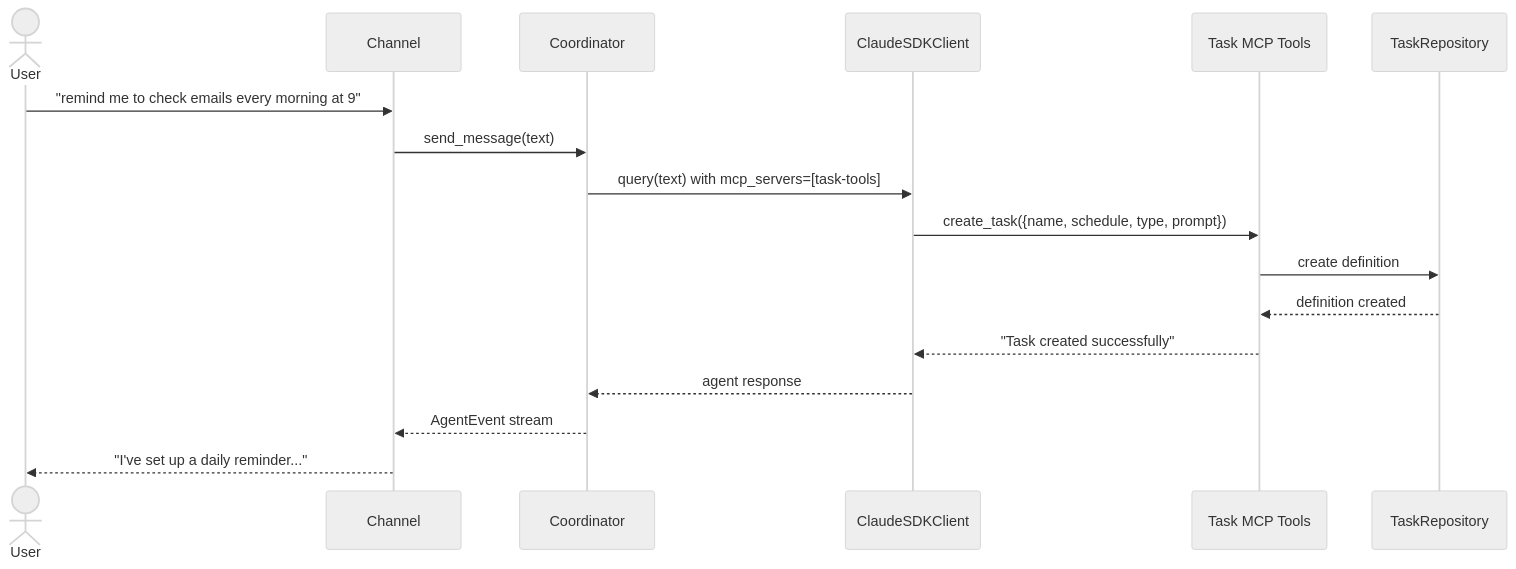
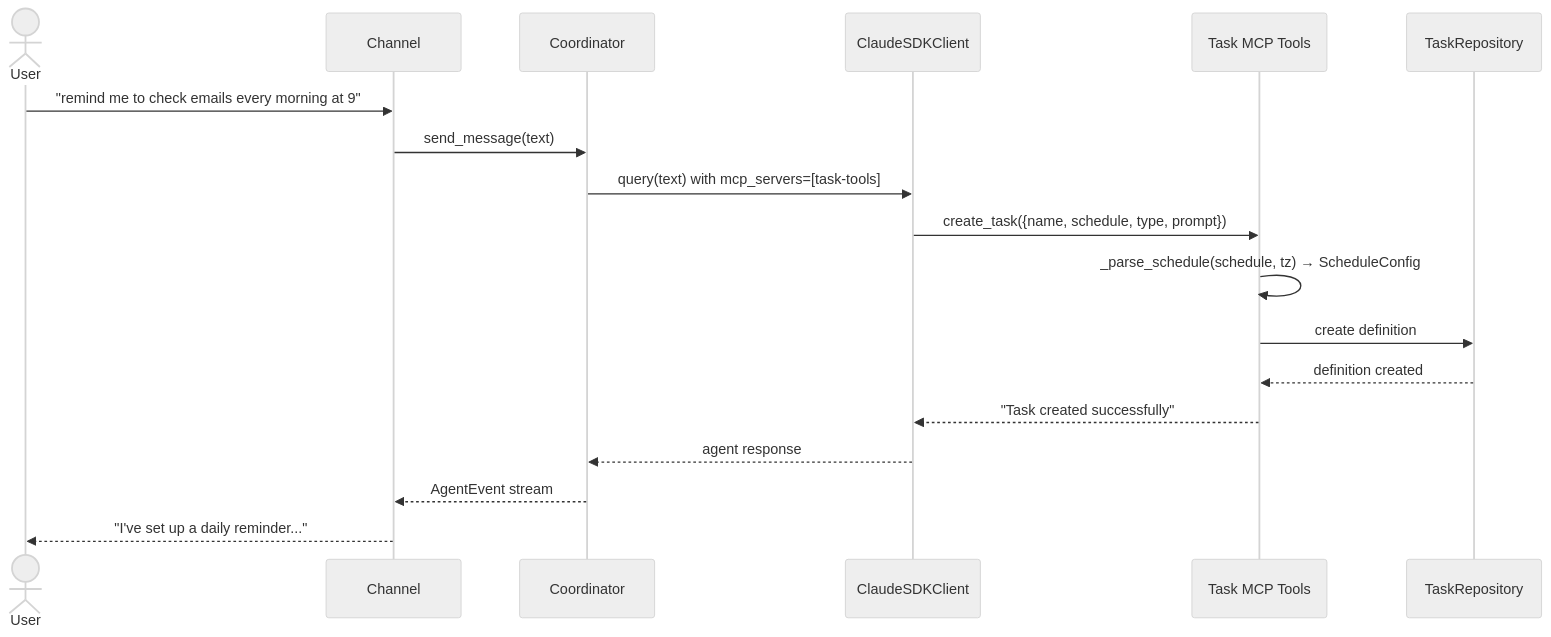
Before and after one commit to asermax/tachikoma: the first of 3 diagrams in docs/feature-designs/tasks/task-management.md, drawn with Mermaid (neutral theme). The commit also changed other lines of this file and 7 other files, not shown here.

````diff
--- a/docs/feature-designs/tasks/task-management.md
+++ b/docs/feature-designs/tasks/task-management.md
@@ -51,20 +51,21 @@
 ```mermaid
 sequenceDiagram
     actor User
     participant Channel
     participant Coord as Coordinator
     participant SDK as ClaudeSDKClient
     participant MCP as Task MCP Tools
     participant Repo as TaskRepository
 
     User->>Channel: "remind me to check emails every morning at 9"
     Channel->>Coord: send_message(text)
     Coord->>SDK: query(text) with mcp_servers=[task-tools]
     SDK->>MCP: create_task({name, schedule, type, prompt})
+    MCP->>MCP: _parse_schedule(schedule, tz) → ScheduleConfig
     MCP->>Repo: create definition
     Repo-->>MCP: definition created
     MCP-->>SDK: "Task created successfully"
     SDK-->>Coord: agent response
     Coord-->>Channel: AgentEvent stream
     Channel-->>User: "I've set up a daily reminder..."
 ```
````
